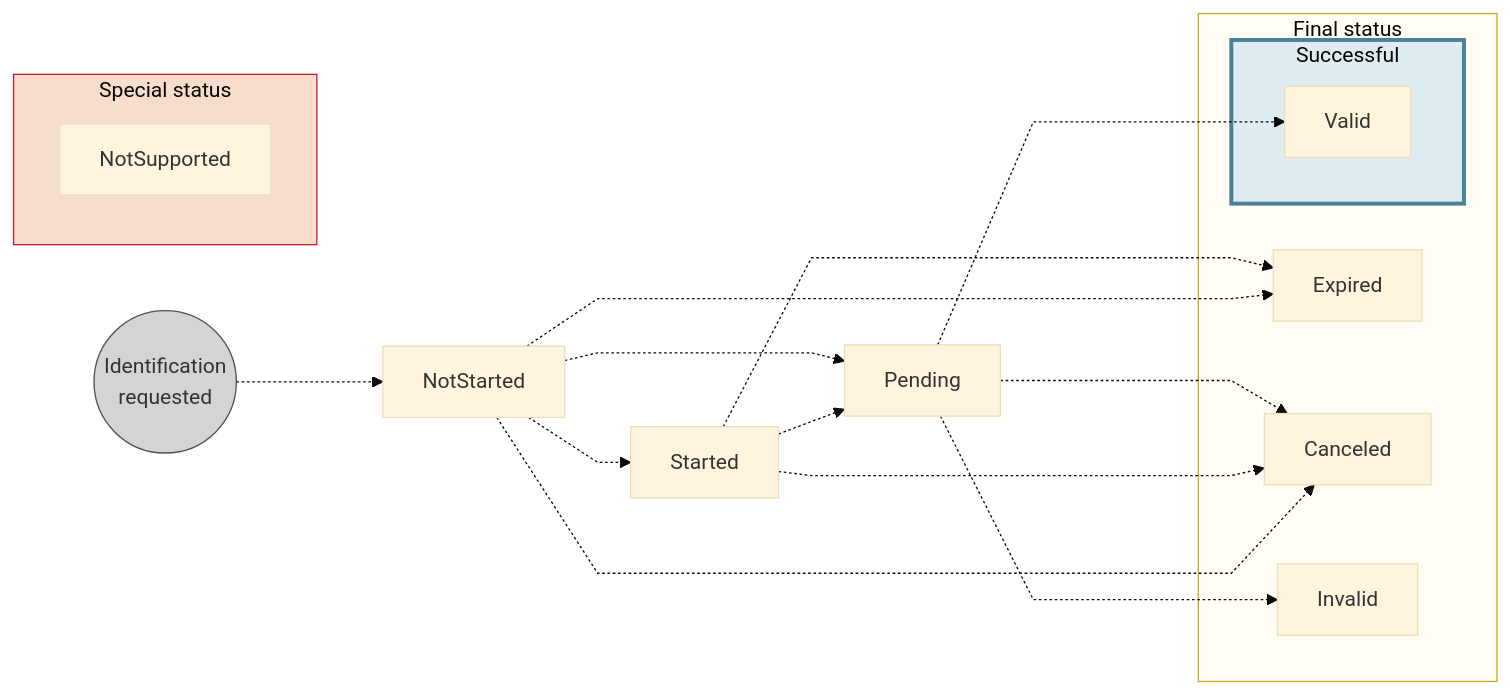
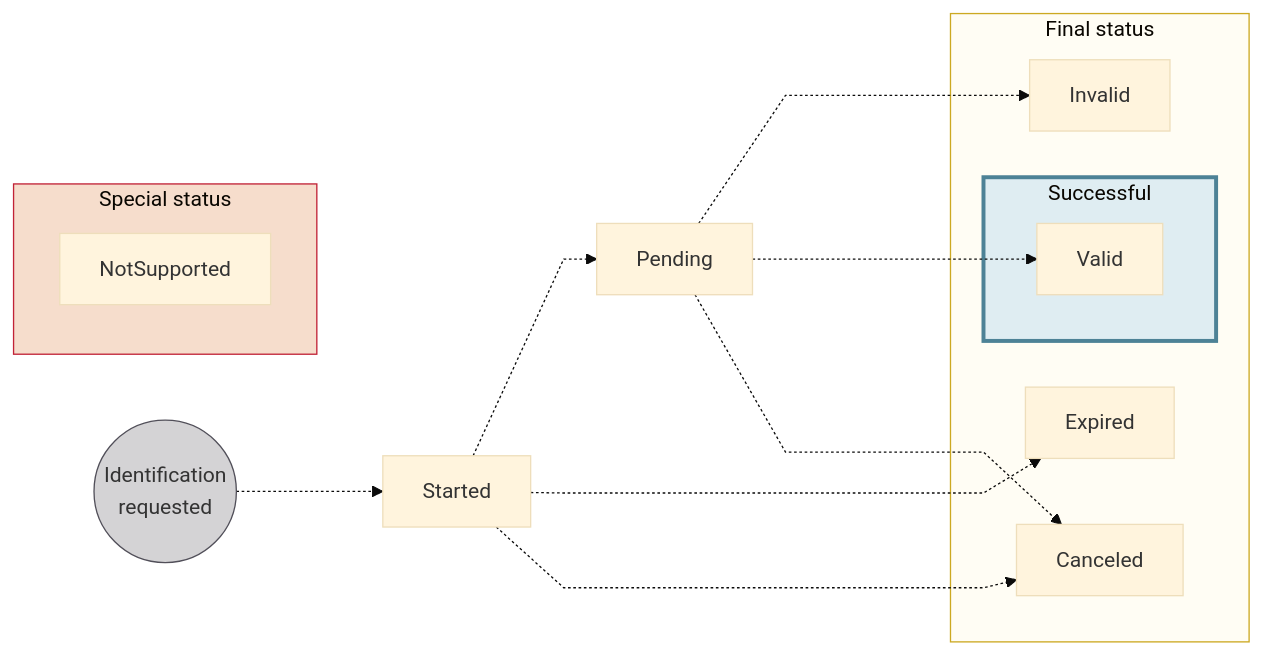
One commit to swan-io/docs changed the diagram in docs/topics/users/identifications/index.mdx. Above: the diagram before and after it, drawn with Mermaid (base theme). The commit also changed other lines of this file, not shown here.

Commit message:
DOC-488 remove NotStarted id status, add deprecation warning

````diff
--- a/docs/topics/users/identifications/index.mdx
+++ b/docs/topics/users/identifications/index.mdx
@@ -116,32 +116,28 @@
 ```mermaid
 %%{ init: { 'flowchart': { 'curve': 'linear' } } }%%
 flowchart LR
-    IS((Identification<br/>requested)) -.-> NS[NotStarted]
-    NS -.-> S[Started]
-    NS -.-> E[Expired]
-    NS -.-> C[Canceled]
+    IS((Identification<br/>requested)) -.-> S[Started]
     S -.-> P[Pending]
-    NS -.-> P
-    S -.-> E
+    S -.-> E[Expired]
     S -.-> C
     P -.-> I[Invalid]
     P -...-> V[Valid]
-    P -.-> C
+    P -.-> C[Canceled]
     NSU[NotSupported]
     subgraph SU[Successful]
         V
     end
     subgraph F[Final status]
         I
         SU
         C
         E
     end
     subgraph SS[Special status]
         NSU
     end
     style IS fill:#D4D3D5,stroke:#514F59
     style F fill:#fffdf4,stroke:#cca922
     style SU fill:#dfedf2,stroke:#4d8296,stroke-width:3px
     style SS fill:#f6ddcc,stroke:#c12236
 ```
````
